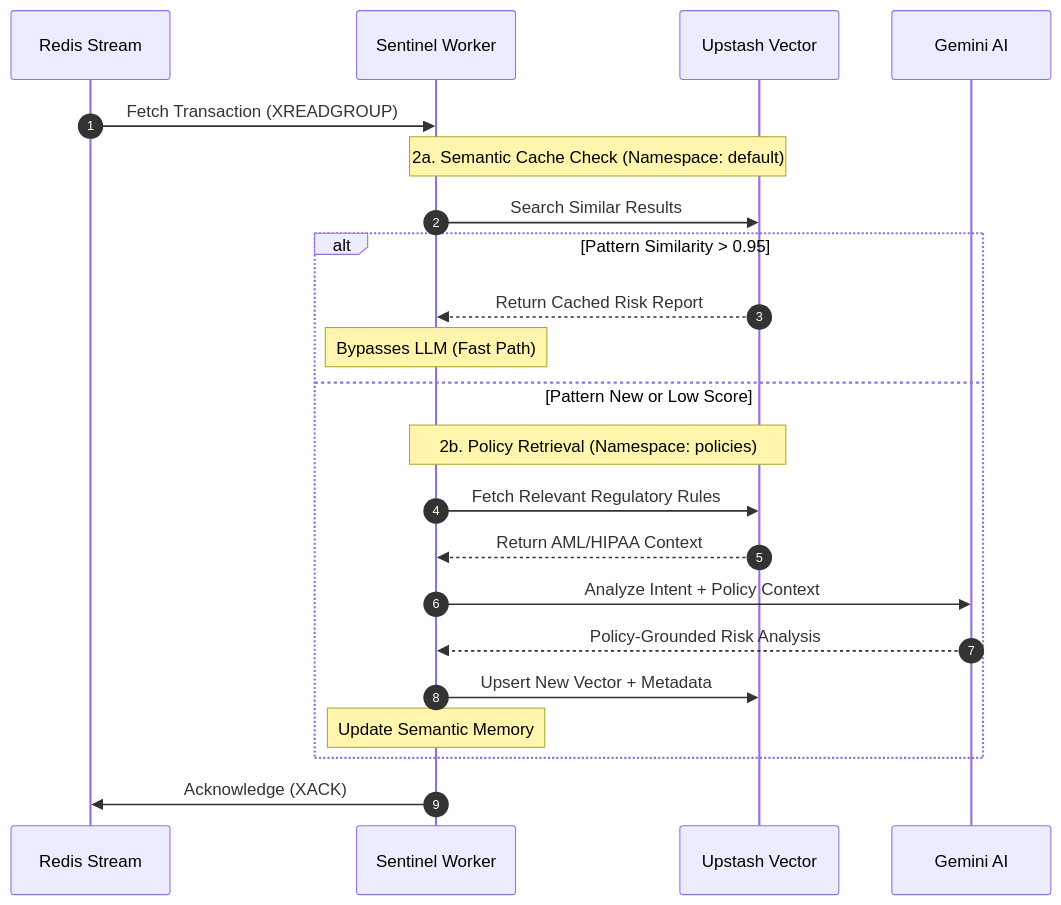
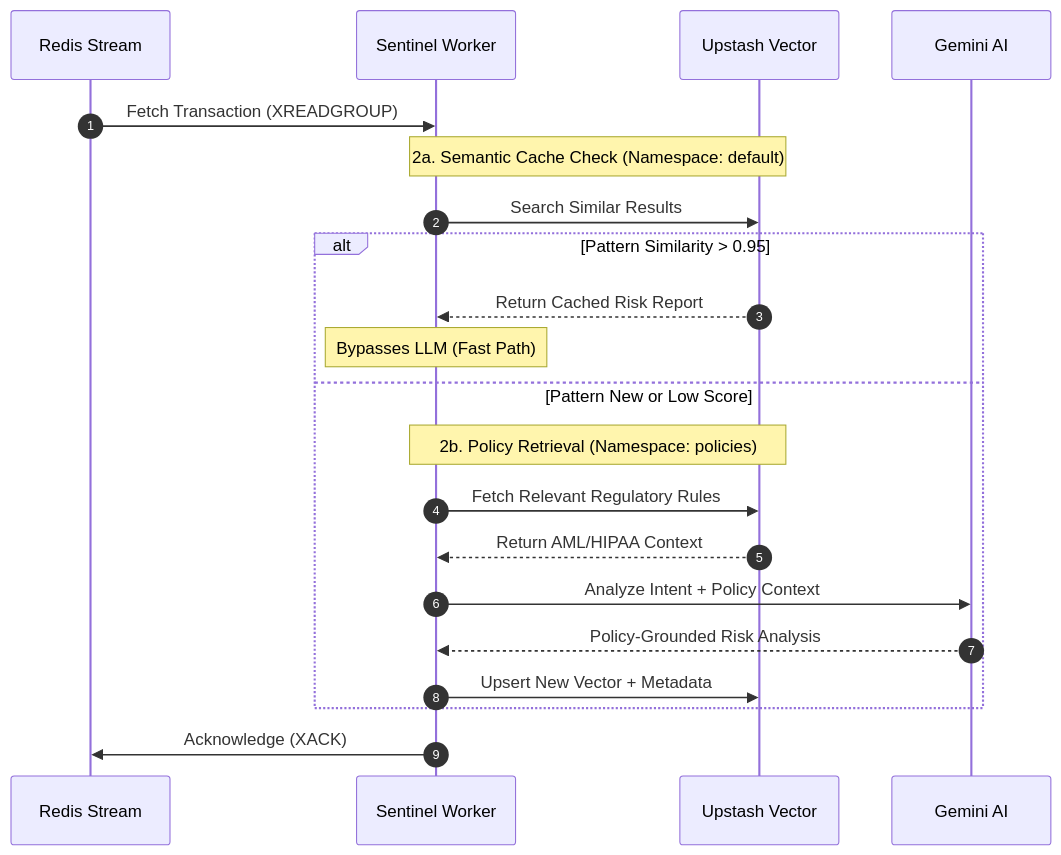
Before and after one commit to obrienma/sentinel-l7: the second of 5 diagrams in README.md, drawn with Mermaid. The commit also changed other lines of this file, not shown here.

````diff
--- a/README.md
+++ b/README.md
@@ -142,30 +100,27 @@
 ```mermaid
 sequenceDiagram
     autonumber
     participant S as Redis Stream
     participant W as Sentinel Worker
     participant V as Upstash Vector
     participant G as Gemini AI
 
     S->>W: Fetch Transaction (XREADGROUP)
 
     note over W,V: 2a. Semantic Cache Check (Namespace: default)
     W->>V: Search Similar Results
 
     alt Pattern Similarity > 0.95
         V-->>W: Return Cached Risk Report
         Note over W: Bypasses LLM (Fast Path)
     else Pattern New or Low Score
-        Note over W,V: 2b. Policy Retrieval (Namespace: policies)
+        note over W,V: 2b. Policy Retrieval (Namespace: policies)
         W->>V: Fetch Relevant Regulatory Rules
         V-->>W: Return AML/HIPAA Context
-
         W->>G: Analyze Intent + Policy Context
         G-->>W: Policy-Grounded Risk Analysis
-
         W->>V: Upsert New Vector + Metadata
-        Note over W: Update Semantic Memory
     end
 
     W->>S: Acknowledge (XACK)
 ```
````
